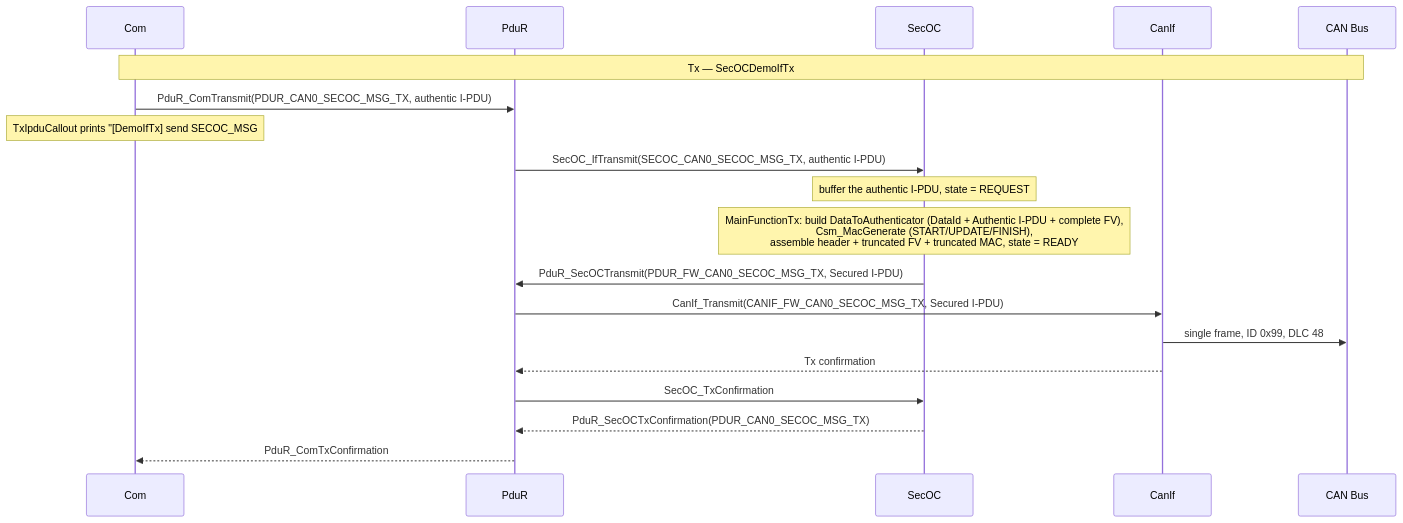
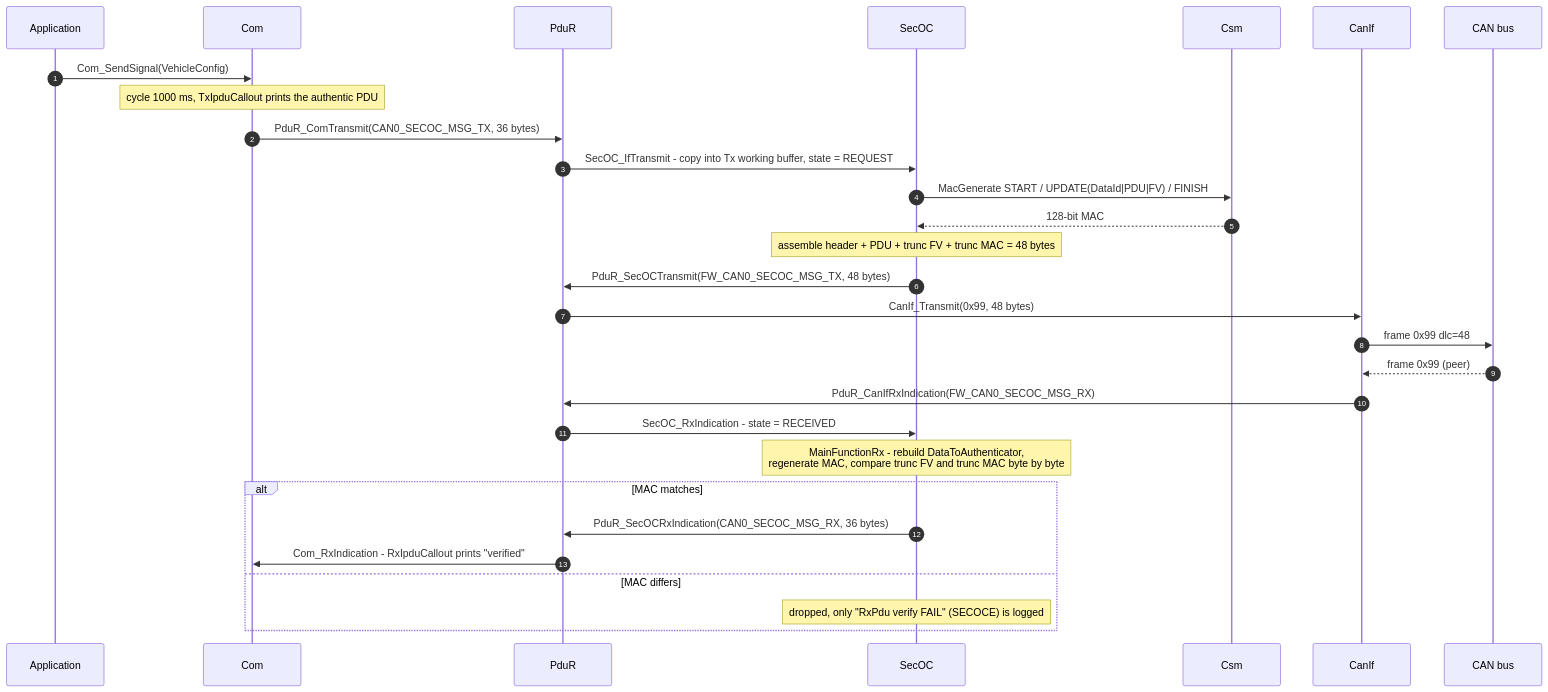
Before and after one commit to autoas/as: the seventh of 7 diagrams in doc/EN/SecOC.md, drawn with Mermaid. The commit also changed other lines of this file and 518 other files, not shown here.

````diff
--- a/doc/EN/SecOC.md
+++ b/doc/EN/SecOC.md
@@ -160,21 +305,32 @@
 ```mermaid
 sequenceDiagram
-  participant Com
-  participant PduR
-  participant SecOC
-  participant CanIf
-  participant CAN as CAN Bus
-  Note over Com,CAN: Tx — SecOCDemoIfTx
-  Com->>PduR: PduR_ComTransmit(PDUR_CAN0_SECOC_MSG_TX, authentic I-PDU)
-  Note over Com: TxIpduCallout prints "[DemoIfTx] send SECOC_MSG #n"
-  PduR->>SecOC: SecOC_IfTransmit(SECOC_CAN0_SECOC_MSG_TX, authentic I-PDU)
-  Note over SecOC: buffer the authentic I-PDU, state = REQUEST
-  Note over SecOC: MainFunctionTx: build DataToAuthenticator (DataId + Authentic I-PDU + complete FV),<br/>Csm_MacGenerate (START/UPDATE/FINISH),<br/>assemble header + truncated FV + truncated MAC, state = READY
-  SecOC->>PduR: PduR_SecOCTransmit(PDUR_FW_CAN0_SECOC_MSG_TX, Secured I-PDU)
-  PduR->>CanIf: CanIf_Transmit(CANIF_FW_CAN0_SECOC_MSG_TX, Secured I-PDU)
-  CanIf->>CAN: single frame, ID 0x99, DLC 48
-  CanIf-->>PduR: Tx confirmation
-  PduR->>SecOC: SecOC_TxConfirmation
-  SecOC-->>PduR: PduR_SecOCTxConfirmation(PDUR_CAN0_SECOC_MSG_TX)
-  PduR-->>Com: PduR_ComTxConfirmation
+    autonumber
+    participant App as Application
+    participant Com
+    participant PduR
+    participant SecOC
+    participant Csm
+    participant CanIf
+    participant Bus as CAN bus
+
+    App->>Com: Com_SendSignal(VehicleConfig)
+    Note over Com: cycle 1000 ms, TxIpduCallout prints the authentic PDU
+    Com->>PduR: PduR_ComTransmit(CAN0_SECOC_MSG_TX, 36 bytes)
+    PduR->>SecOC: SecOC_IfTransmit - copy into Tx working buffer, state = REQUEST
+    SecOC->>Csm: MacGenerate START / UPDATE(DataId|PDU|FV) / FINISH
+    Csm-->>SecOC: 128-bit MAC
+    Note over SecOC: assemble header + PDU + trunc FV + trunc MAC = 48 bytes
+    SecOC->>PduR: PduR_SecOCTransmit(FW_CAN0_SECOC_MSG_TX, 48 bytes)
+    PduR->>CanIf: CanIf_Transmit(0x99, 48 bytes)
+    CanIf->>Bus: frame 0x99 dlc=48
+    Bus-->>CanIf: frame 0x99 (peer)
+    CanIf->>PduR: PduR_CanIfRxIndication(FW_CAN0_SECOC_MSG_RX)
+    PduR->>SecOC: SecOC_RxIndication - state = RECEIVED
+    Note over SecOC: MainFunctionRx - rebuild DataToAuthenticator,<br/>regenerate MAC, compare trunc FV and trunc MAC byte by byte
+    alt MAC matches
+        SecOC->>PduR: PduR_SecOCRxIndication(CAN0_SECOC_MSG_RX, 36 bytes)
+        PduR->>Com: Com_RxIndication - RxIpduCallout prints "verified"
+    else MAC differs
+        Note over SecOC: dropped, only "RxPdu verify FAIL" (SECOCE) is logged
+    end
 ```
````
